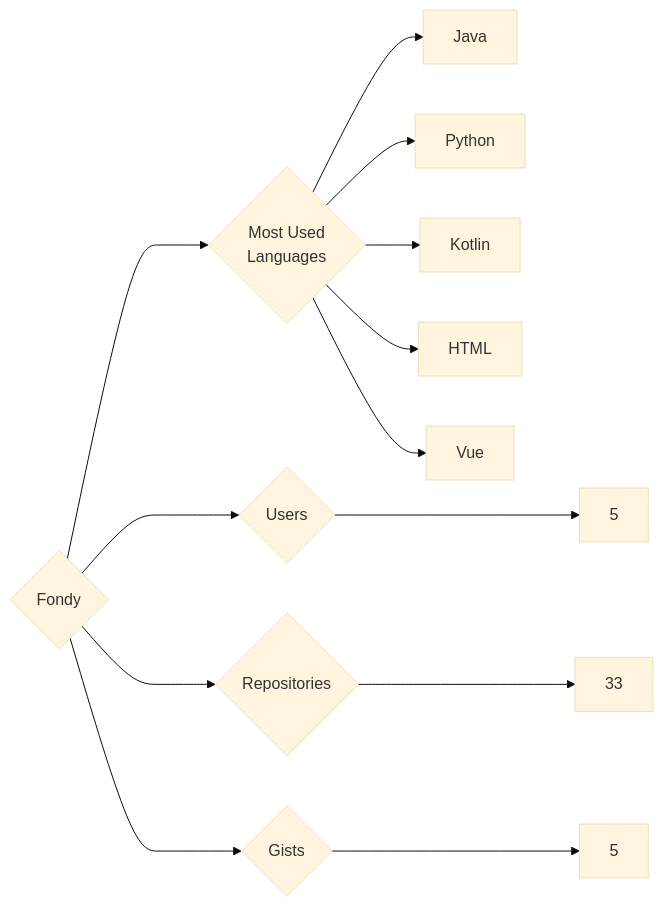
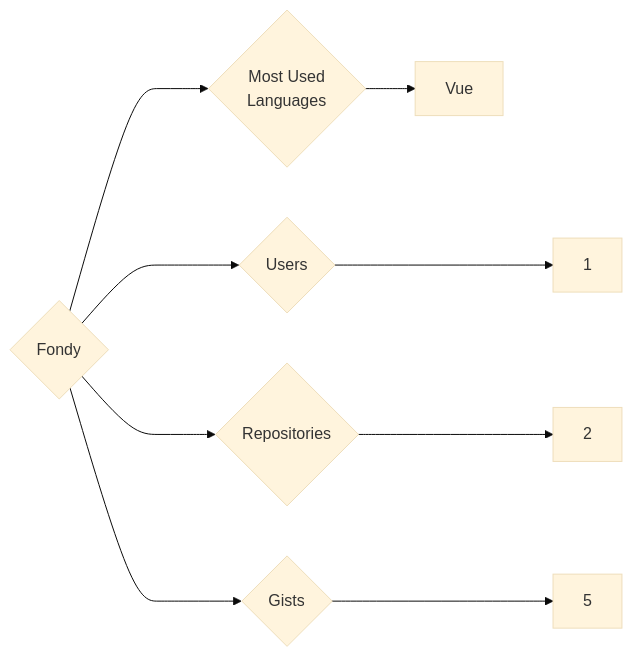
The diagram in targets/Fondy/README.md (trickest/insiders), drawn with Mermaid (base theme) before and after one commit. The commit also changed 847 other files, not shown here.

````diff
--- a/targets/Fondy/README.md
+++ b/targets/Fondy/README.md
@@ -3,13 +3,9 @@
 ```mermaid
 graph LR
 COMPANY_NAME{Fondy}
-COMPANY_NAME ---> U{Users} ---> UN[5]
-COMPANY_NAME ---> R{Repositories} ---> RN[33]
+COMPANY_NAME ---> U{Users} ---> UN[1]
+COMPANY_NAME ---> R{Repositories} ---> RN[2]
 COMPANY_NAME ---> G{Gists} ---> GN[5]
 COMPANY_NAME ---> ML{Most Used<br>Languages}
-ML --> Java[Java]
-ML --> Python[Python]
-ML --> Kotlin[Kotlin]
-ML --> HTML[HTML]
 ML --> Vue[Vue]
 ```
````
